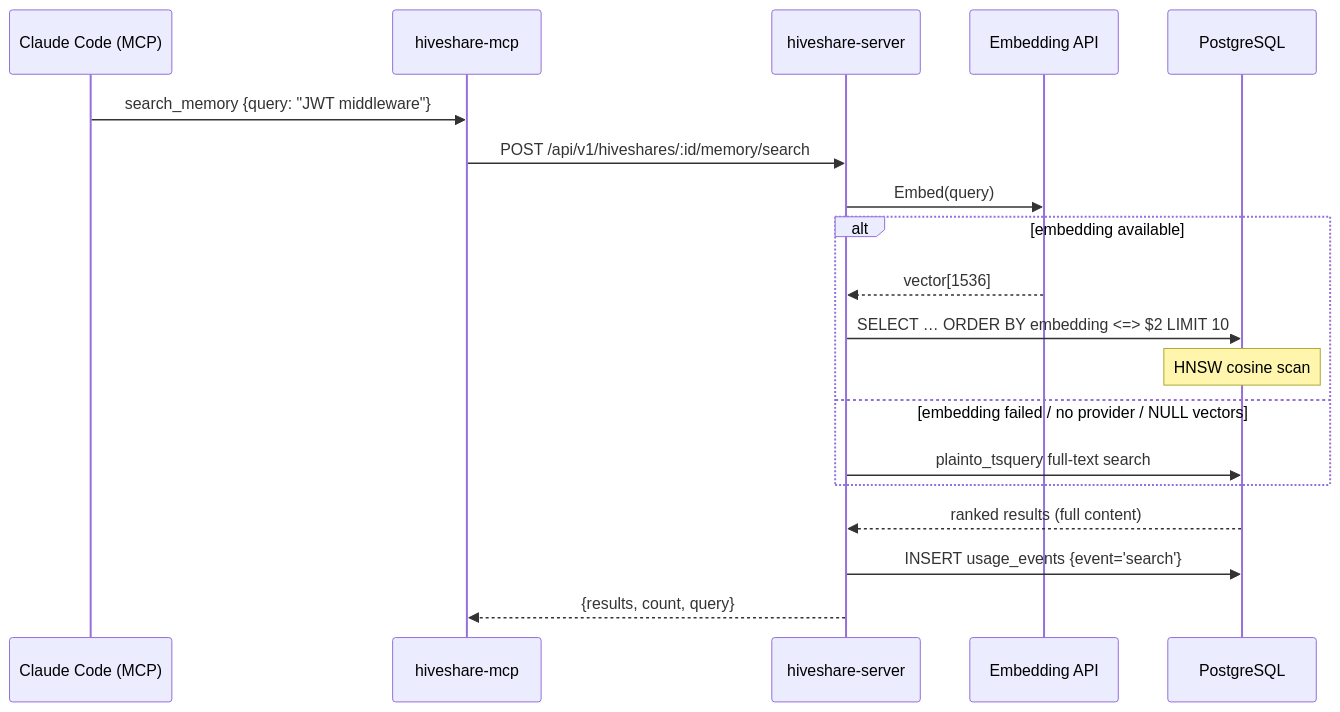
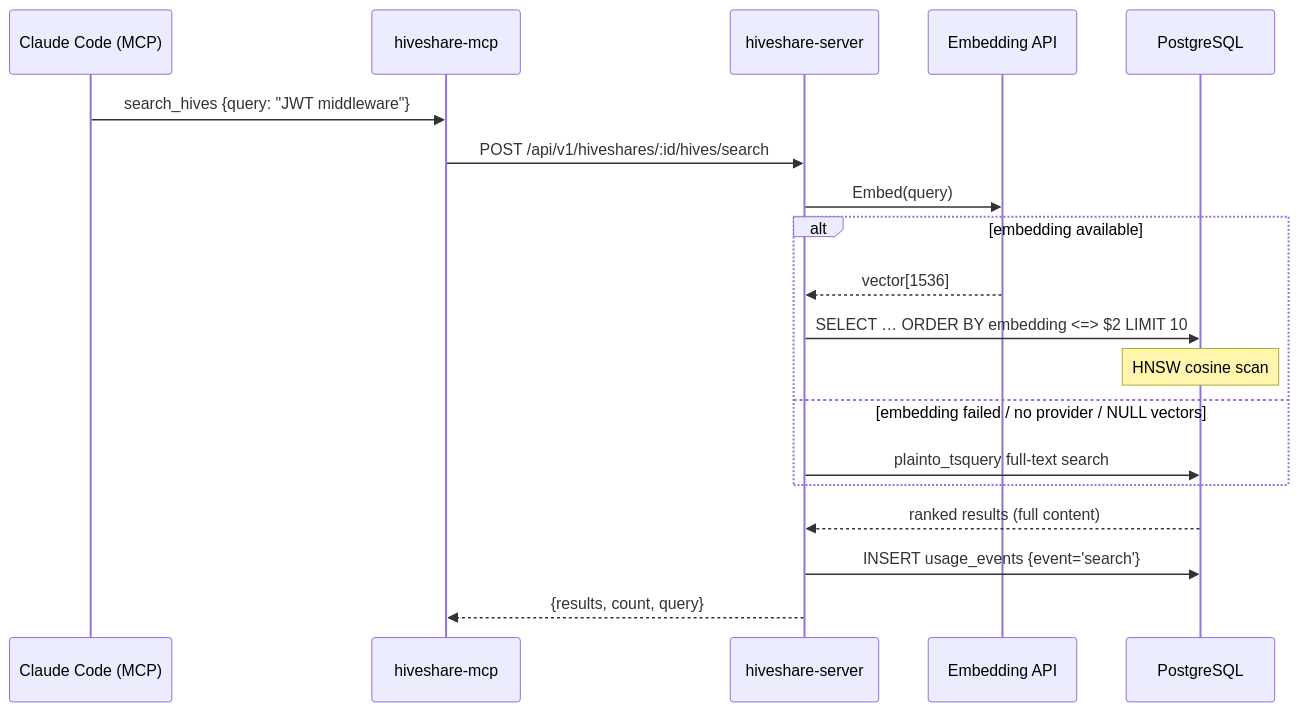
Before and after one commit to KB-perByte/hiveshare: the fifth of 8 diagrams in docs/ARCHITECTURE.md, drawn with Mermaid. The commit also changed other lines of this file and 30 other files, not shown here.

````diff
--- a/docs/ARCHITECTURE.md
+++ b/docs/ARCHITECTURE.md
@@ -190,22 +192,22 @@
 ```mermaid
 sequenceDiagram
     participant Claude as Claude Code (MCP)
     participant MCP as hiveshare-mcp
     participant API as hiveshare-server
     participant Embed as Embedding API
     participant PG as PostgreSQL
 
-    Claude->>MCP: search_memory {query: "JWT middleware"}
-    MCP->>API: POST /api/v1/hiveshares/:id/memory/search
+    Claude->>MCP: search_hives {query: "JWT middleware"}
+    MCP->>API: POST /api/v1/hiveshares/:id/hives/search
     API->>Embed: Embed(query)
     alt embedding available
         Embed-->>API: vector[1536]
         API->>PG: SELECT … ORDER BY embedding <=> $2 LIMIT 10
         note over PG: HNSW cosine scan
     else embedding failed / no provider / NULL vectors
         API->>PG: plainto_tsquery full-text search
     end
     PG-->>API: ranked results (full content)
     API->>PG: INSERT usage_events {event='search'}
     API-->>MCP: {results, count, query}
 ```
````
